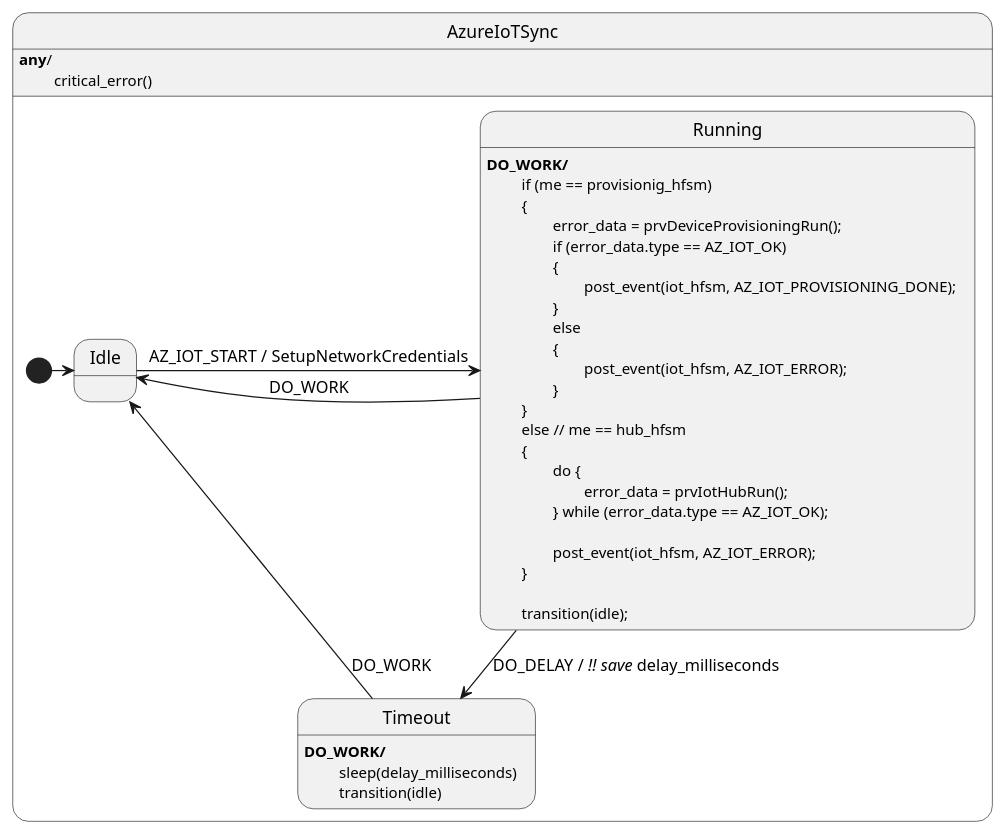
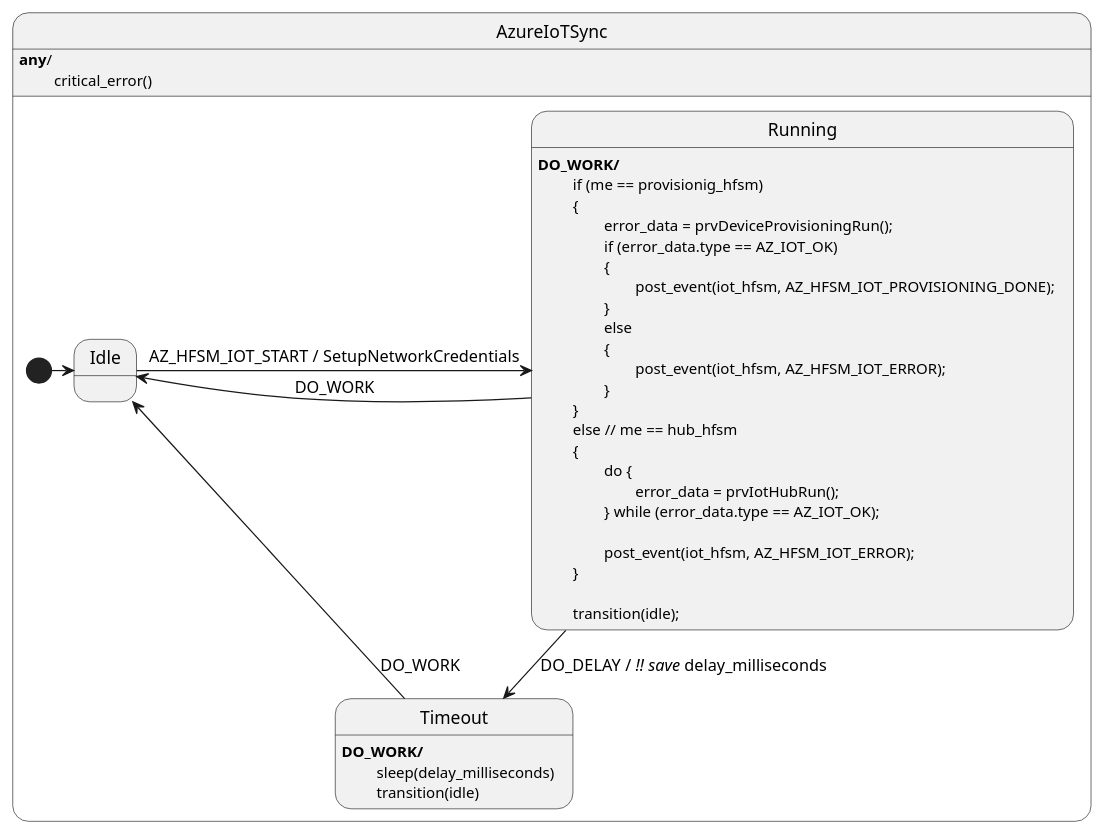
The diagram in sdk/docs/iot/resources/az_iot_hfsm_sync_adapter.puml (vaavva/azure-sdk-for-c-hfsm), drawn with PlantUML before and after one commit. The commit also changed 9 other files, not shown here.

```diff
--- a/sdk/docs/iot/resources/az_iot_hfsm_sync_adapter.puml
+++ b/sdk/docs/iot/resources/az_iot_hfsm_sync_adapter.puml
@@ -1,46 +1,46 @@
 @startuml Azure IoT HFSM Sync Adapter
 
 state AzureIoTSync {
     state Idle
 
     state Running
     Running : <b>DO_WORK/</b>
     Running : \t if (me == provisionig_hfsm)
     Running : \t {
     Running : \t\t error_data = prvDeviceProvisioningRun(); 
     Running : \t\t if (error_data.type == AZ_IOT_OK)
     Running : \t\t {
-    Running : \t\t\t post_event(iot_hfsm, AZ_IOT_PROVISIONING_DONE);
+    Running : \t\t\t post_event(iot_hfsm, AZ_HFSM_IOT_PROVISIONING_DONE);
     Running : \t\t }
     Running : \t\t else
     Running : \t\t {
-    Running : \t\t\t post_event(iot_hfsm, AZ_IOT_ERROR);
+    Running : \t\t\t post_event(iot_hfsm, AZ_HFSM_IOT_ERROR);
     Running : \t\t }
     Running : \t }
     Running : \t else // me == hub_hfsm
     Running : \t {
     Running : \t\t do {
     Running : \t\t\t error_data = prvIotHubRun(); 
     Running : \t\t } while (error_data.type == AZ_IOT_OK);
     Running :
-    Running : \t\t post_event(iot_hfsm, AZ_IOT_ERROR);
+    Running : \t\t post_event(iot_hfsm, AZ_HFSM_IOT_ERROR);
     Running : \t }
     Running :
     Running : \t transition(idle);
 
 
     state Timeout
     Timeout : <b>DO_WORK/</b>
     Timeout : \t sleep(delay_milliseconds)
     Timeout : \t transition(idle)
     
     [*] -> Idle
-    Idle -> Running : AZ_IOT_START / SetupNetworkCredentials
+    Idle -> Running : AZ_HFSM_IOT_START / SetupNetworkCredentials
     Running -> Timeout : DO_DELAY / <i>!! save</i> delay_milliseconds
     Timeout --> Idle : DO_WORK
     Running -> Idle : DO_WORK
 }
 
 AzureIoTSync : <b>any</b>/ 
 AzureIoTSync : \t critical_error()
 @enduml
```
